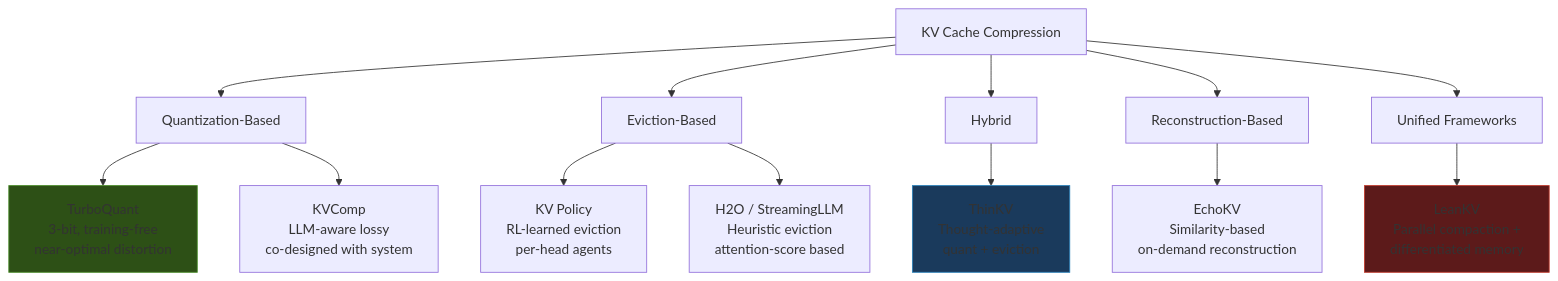
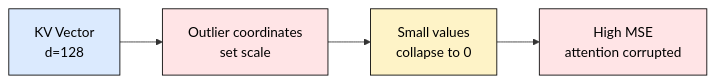
Before and after one commit to harshuljain13/llm-inference-at-scale: the first of 4 diagrams in content/05_optimization/04.2_turboquant/turboquant.md, drawn with Mermaid. The commit also changed other lines of this file and 89 other files, not shown here.

````diff
--- a/content/05_optimization/04.2_turboquant/turboquant.md
+++ b/content/05_optimization/04.2_turboquant/turboquant.md
@@ -32,24 +18,11 @@
 ```mermaid
-graph TD
-    A[KV Cache Compression] --> B[Quantization-Based]
-    A --> C[Eviction-Based]
-    A --> D[Hybrid]
-    A --> E[Reconstruction-Based]
-    A --> F[Unified Frameworks]
+flowchart LR
+    A[KV Vector<br/>d=128] --> B[Outlier coordinates<br/>set scale]
+    B --> C[Small values<br/>collapse to 0]
+    C --> D[High MSE<br/>attention corrupted]
 
-    B --> B1[TurboQuant<br/>3-bit, training-free<br/>near-optimal distortion]
-    B --> B2[KVComp<br/>LLM-aware lossy<br/>co-designed with system]
-
-    C --> C1[KV Policy<br/>RL-learned eviction<br/>per-head agents]
-    C --> C2[H2O / StreamingLLM<br/>Heuristic eviction<br/>attention-score based]
-
-    D --> D1[ThinKV<br/>Thought-adaptive<br/>quant + eviction]
-
-    E --> E1[EchoKV<br/>Similarity-based<br/>on-demand reconstruction]
-
-    F --> F1[LeanKV<br/>Parallel compaction +<br/>differentiated memory]
-
-    style B1 fill:#2d5016,stroke:#4a8c2a
-    style D1 fill:#1a3a5c,stroke:#2980b9
-    style F1 fill:#5c1a1a,stroke:#c0392b
+    style A fill:#dbeafe,stroke:#000,color:#000
+    style B fill:#ffe4e6,stroke:#000,color:#000
+    style C fill:#fef3c7,stroke:#000,color:#000
+    style D fill:#ffe4e6,stroke:#000,color:#000
 ```
````
